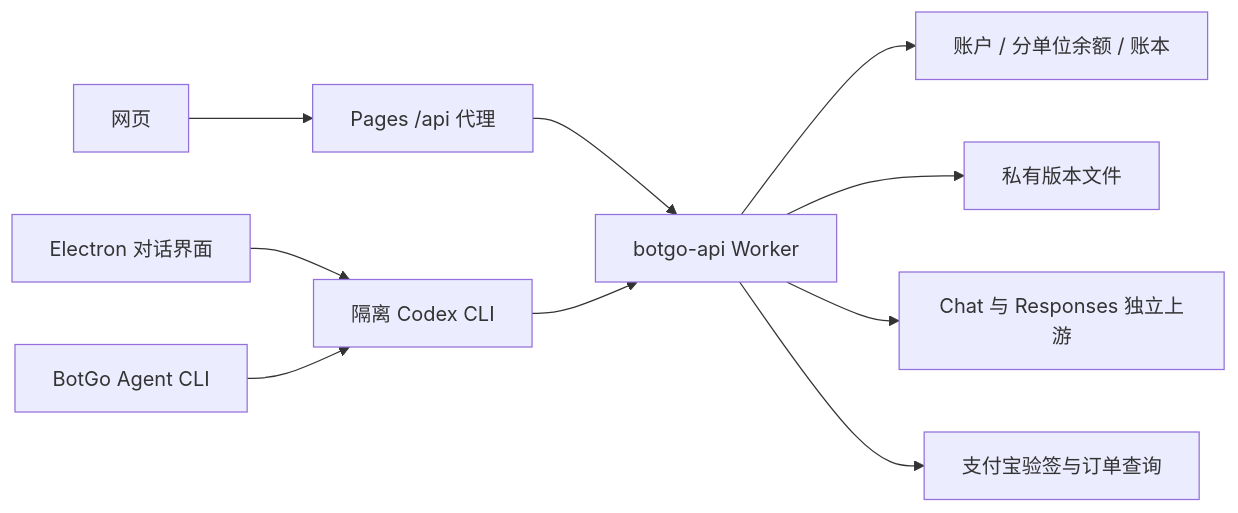
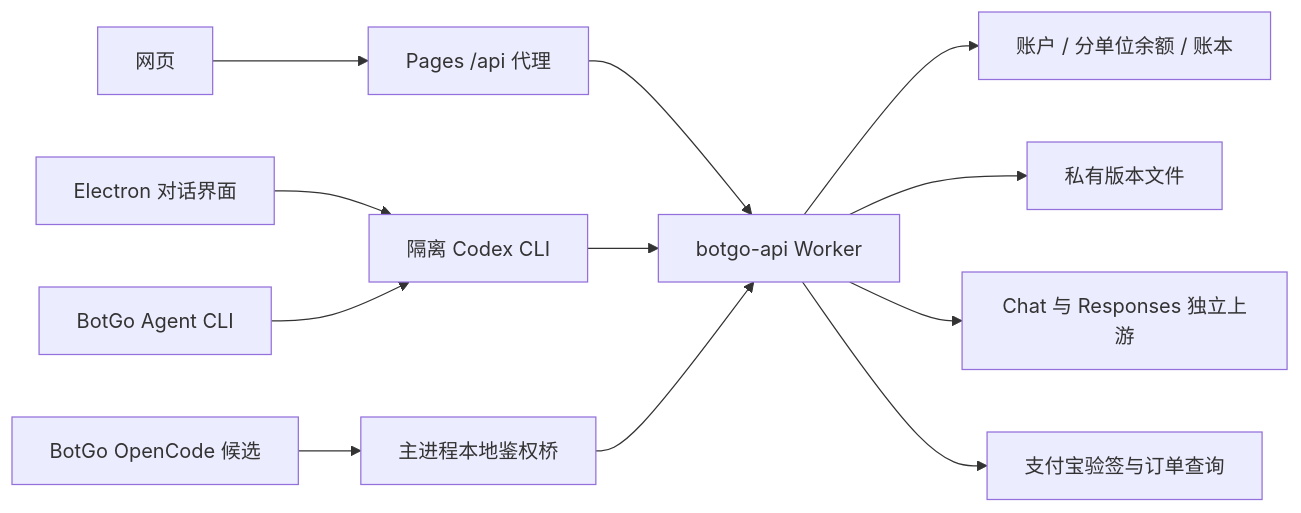
The diagram in docs/PROJECT_MAP.md (Gnep-AiJ/botgo), drawn with Mermaid before and after one commit. The commit also changed other lines of this file and 65 other files, not shown here.

````diff
--- a/docs/PROJECT_MAP.md
+++ b/docs/PROJECT_MAP.md
@@ -25,12 +26,14 @@
 ```mermaid
 flowchart LR
   Web[网页] --> Pages[Pages /api 代理]
   Pages --> Worker[botgo-api Worker]
   Desktop[Electron 对话界面] --> Codex[隔离 Codex CLI]
   CLI[BotGo Agent CLI] --> Codex
   Codex --> Worker
+  Native[BotGo OpenCode 候选] --> Bridge[主进程本地鉴权桥]
+  Bridge --> Worker
   Worker --> D1[账户 / 分单位余额 / 账本]
   Worker --> R2[私有版本文件]
   Worker --> Upstream[Chat 与 Responses 独立上游]
   Worker --> Payment[支付宝验签与订单查询]
 ```
````
